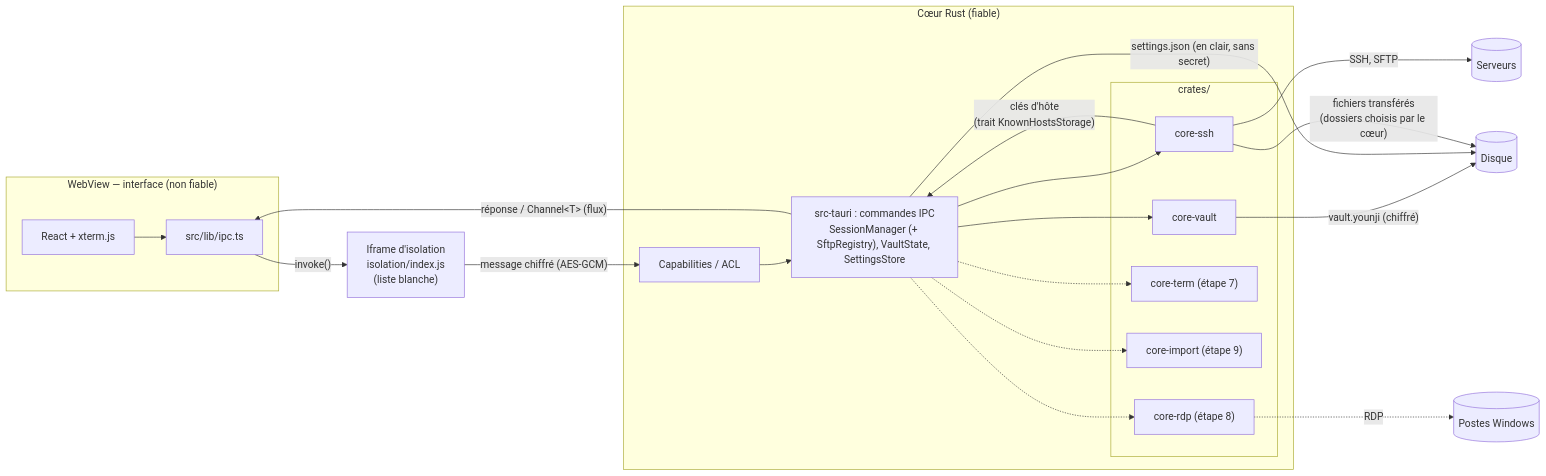
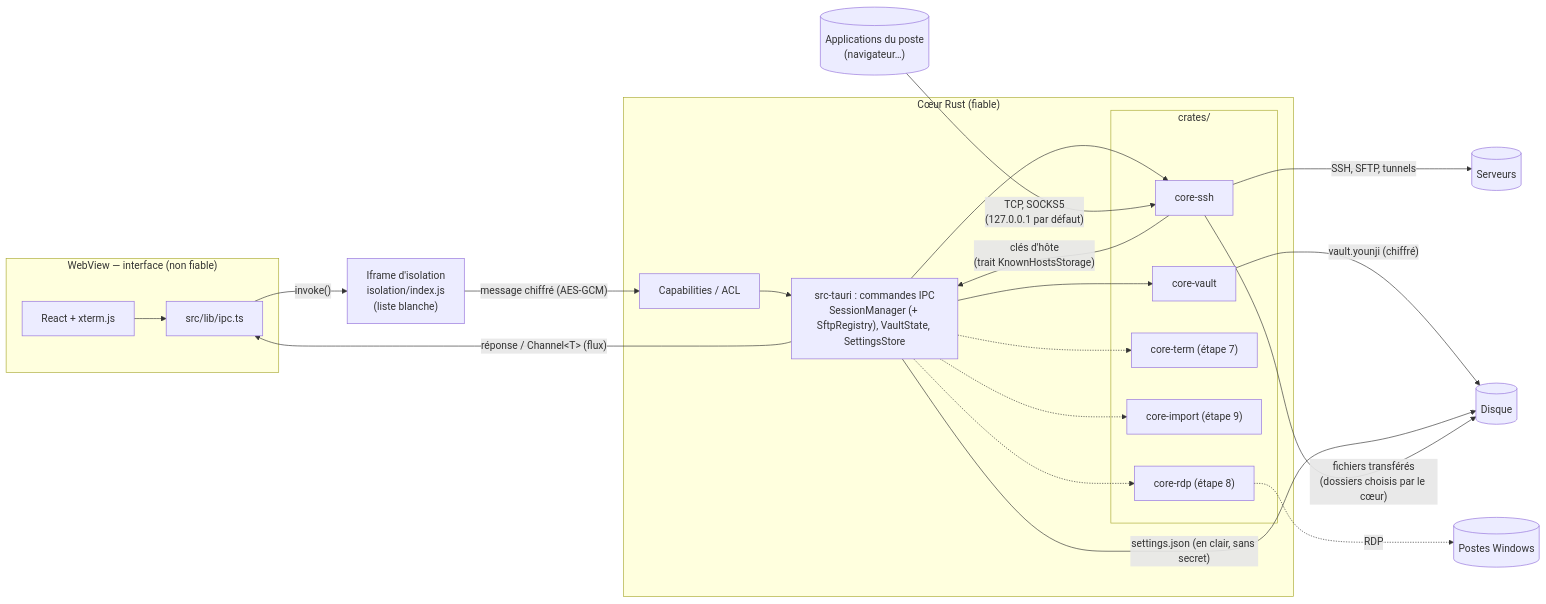
The first of 7 diagrams in docs/ARCHITECTURE.md (mlft9/younji), drawn with Mermaid before and after one commit. The commit also changed other lines of this file and 4 other files, not shown here.

First line of the commit message:
docs: documente l'étape 6 (ADR-038, architecture, recette)

````diff
--- a/docs/ARCHITECTURE.md
+++ b/docs/ARCHITECTURE.md
@@ -11,32 +11,33 @@
 ```mermaid
 flowchart LR
     subgraph WebView["WebView — interface (non fiable)"]
         UI[React + xterm.js]
         IPCJS[src/lib/ipc.ts]
         UI --> IPCJS
     end
     ISO["Iframe d'isolation<br/>isolation/index.js<br/>(liste blanche)"]
     subgraph Core["Cœur Rust (fiable)"]
         ACL[Capabilities / ACL]
         CMD["src-tauri : commandes IPC<br/>SessionManager (+ SftpRegistry), VaultState, SettingsStore"]
         ACL --> CMD
         subgraph Crates["crates/"]
             SSH[core-ssh]
             VAULT[core-vault]
             TERM["core-term (étape 7)"]
             IMP["core-import (étape 9)"]
             RDP["core-rdp (étape 8)"]
         end
         CMD --> SSH & VAULT
         CMD -.-> TERM & IMP & RDP
         SSH -- "clés d'hôte<br/>(trait KnownHostsStorage)" --> CMD
     end
     IPCJS -- "invoke()" --> ISO
     ISO -- "message chiffré (AES-GCM)" --> ACL
     CMD -- "réponse / Channel&lt;T&gt; (flux)" --> IPCJS
-    SSH -- "SSH, SFTP" --> SRV[(Serveurs)]
+    SSH -- "SSH, SFTP, tunnels" --> SRV[(Serveurs)]
+    APPS[("Applications du poste<br/>(navigateur…)")] -- "TCP, SOCKS5<br/>(127.0.0.1 par défaut)" --> SSH
     VAULT -- "vault.younji (chiffré)" --> DISK[(Disque)]
     CMD -- "settings.json (en clair, sans secret)" --> DISK
     SSH -- "fichiers transférés<br/>(dossiers choisis par le cœur)" --> DISK
     RDP -. RDP .-> WIN[(Postes Windows)]
 ```
````
